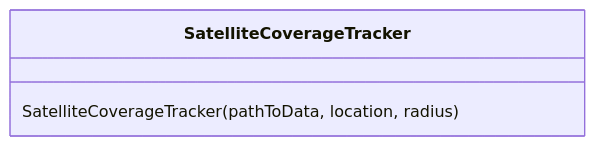
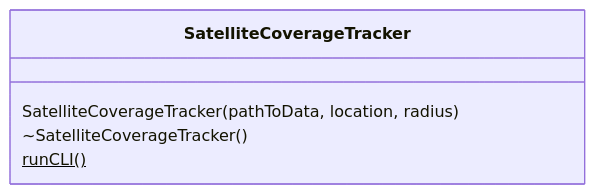
One commit to brosenthal140/satellite-coverage-tracker changed the first of 12 diagrams in README.md. Above: the diagram before and after it, drawn with Mermaid. The commit also changed other lines of this file and 2 other files, not shown here.

Commit message:
- feat: adds declaration for runCLI() method - feat: adds definition for the _initModel() method - docs: updates README.md

````diff
--- a/README.md
+++ b/README.md
@@ -20,6 +16,8 @@
 ```mermaid
 classDiagram
 class SatelliteCoverageTracker {
     SatelliteCoverageTracker(pathToData, location, radius)
+    ~SatelliteCoverageTracker()
+    runCLI()$
 }
 ```
````
